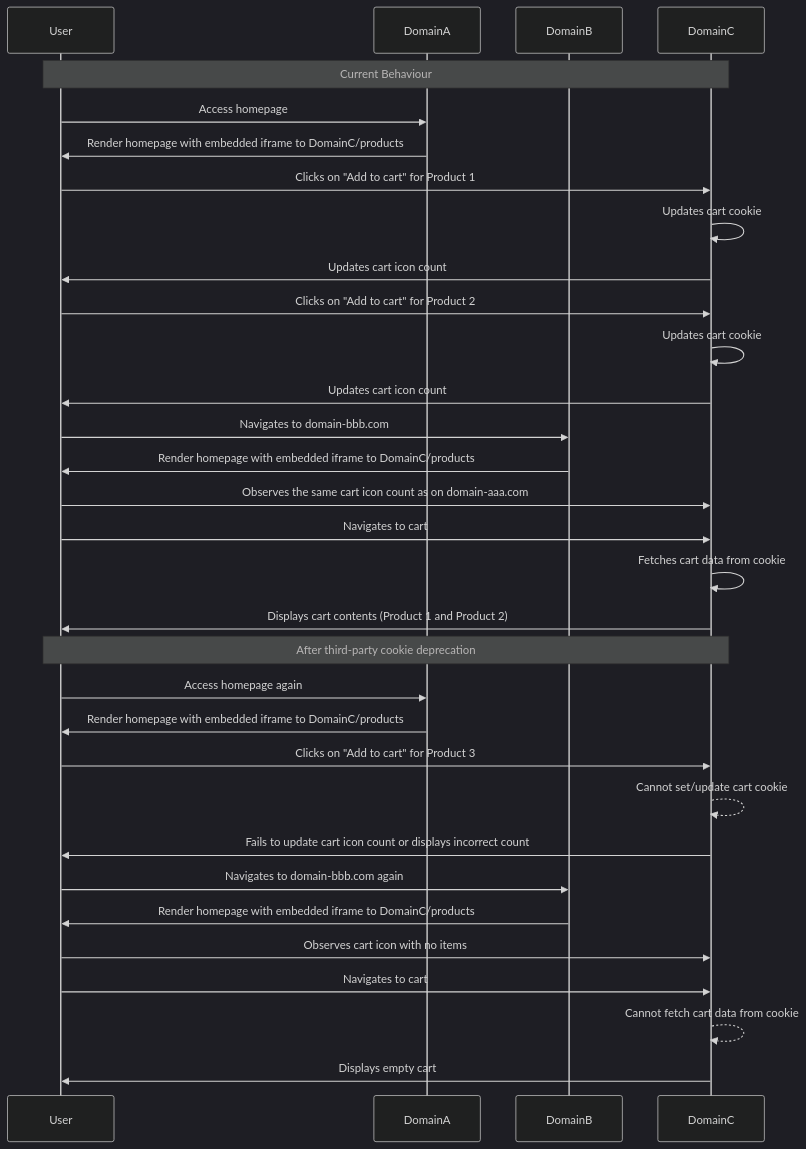
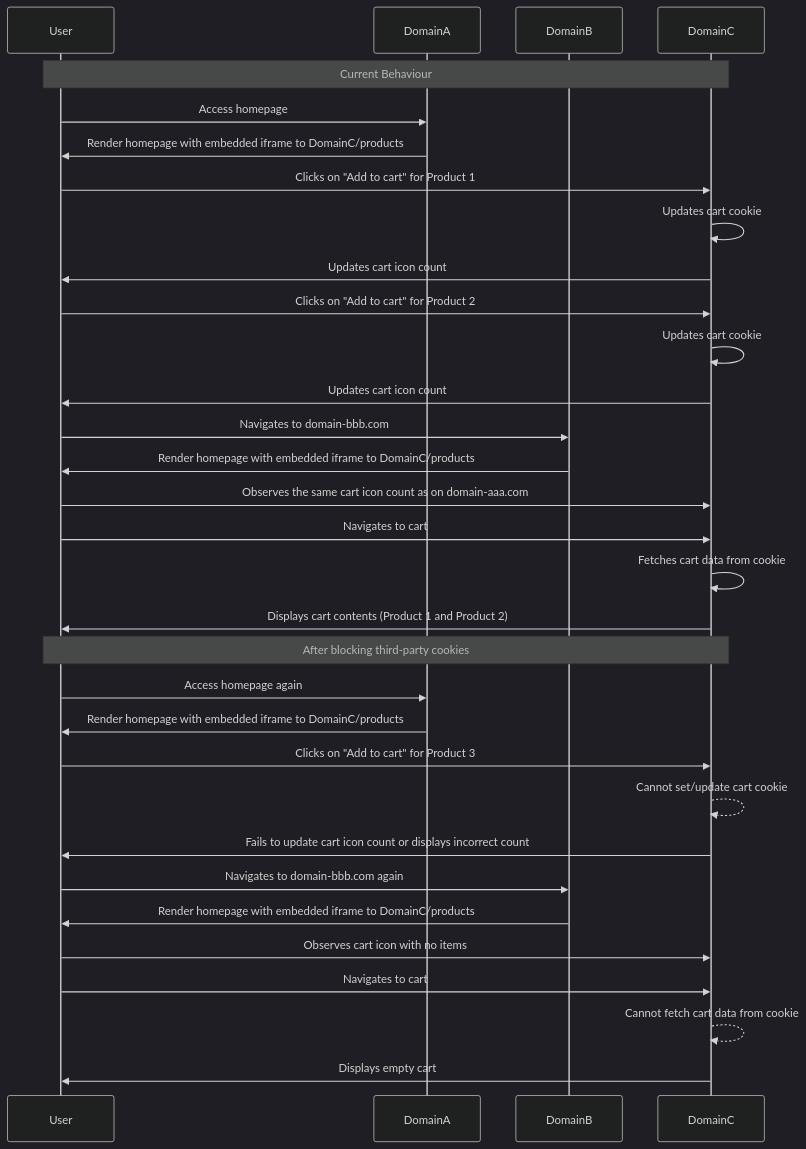
One commit to rtCamp/psat-demos changed the second of 4 diagrams in README.md. Above: the diagram before and after it, drawn with Mermaid (dark theme). The commit also changed other lines of this file, not shown here.

````diff
--- a/README.md
+++ b/README.md
@@ -130,38 +127,38 @@
 ```mermaid
 sequenceDiagram
     participant User
     participant DomainA
     participant DomainB
     participant DomainC
 
     Note over User,DomainC: Current Behaviour
 
     User->>DomainA: Access homepage
     DomainA->>User: Render homepage with embedded iframe to DomainC/products
     User->>DomainC: Clicks on "Add to cart" for Product 1
     DomainC->>DomainC: Updates cart cookie
     DomainC->>User: Updates cart icon count
     User->>DomainC: Clicks on "Add to cart" for Product 2
     DomainC->>DomainC: Updates cart cookie
     DomainC->>User: Updates cart icon count
     User->>DomainB: Navigates to domain-bbb.com
     DomainB->>User: Render homepage with embedded iframe to DomainC/products
     User->>DomainC: Observes the same cart icon count as on domain-aaa.com
     User->>DomainC: Navigates to cart
     DomainC->>DomainC: Fetches cart data from cookie
     DomainC->>User: Displays cart contents (Product 1 and Product 2)
 
-    Note over User,DomainC: After third-party cookie deprecation
+    Note over User,DomainC: After blocking third-party cookies
 
     User->>DomainA: Access homepage again
     DomainA->>User: Render homepage with embedded iframe to DomainC/products
     User->>DomainC: Clicks on "Add to cart" for Product 3
     DomainC-->>DomainC: Cannot set/update cart cookie
     DomainC->>User: Fails to update cart icon count or displays incorrect count
     User->>DomainB: Navigates to domain-bbb.com again
     DomainB->>User: Render homepage with embedded iframe to DomainC/products
     User->>DomainC: Observes cart icon with no items
     User->>DomainC: Navigates to cart
     DomainC-->>DomainC: Cannot fetch cart data from cookie
     DomainC->>User: Displays empty cart
 ```
````
